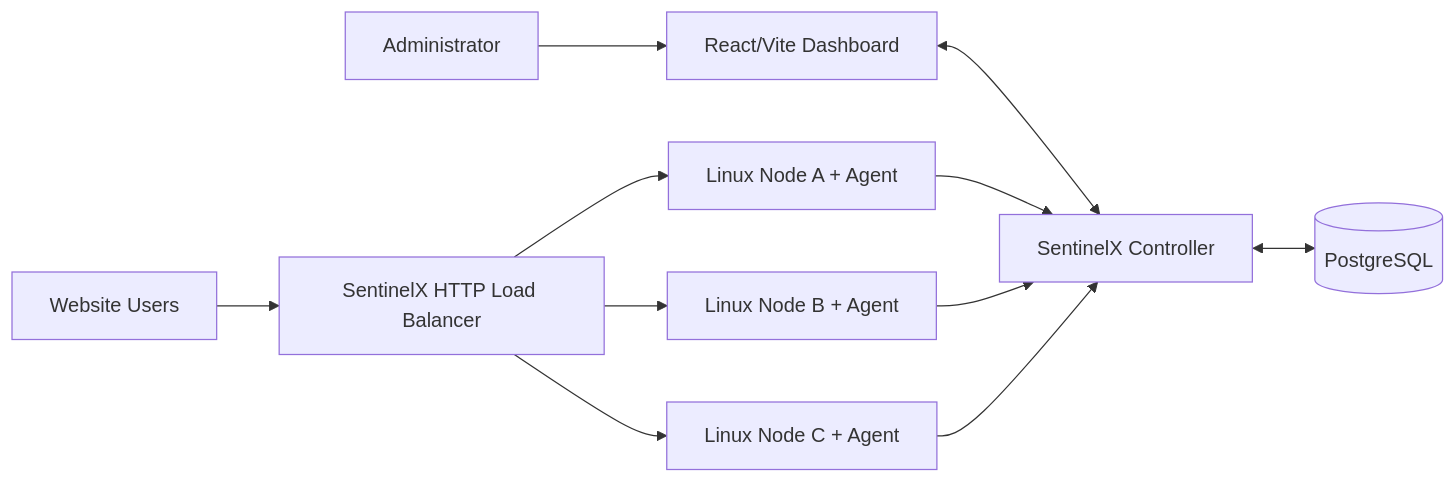
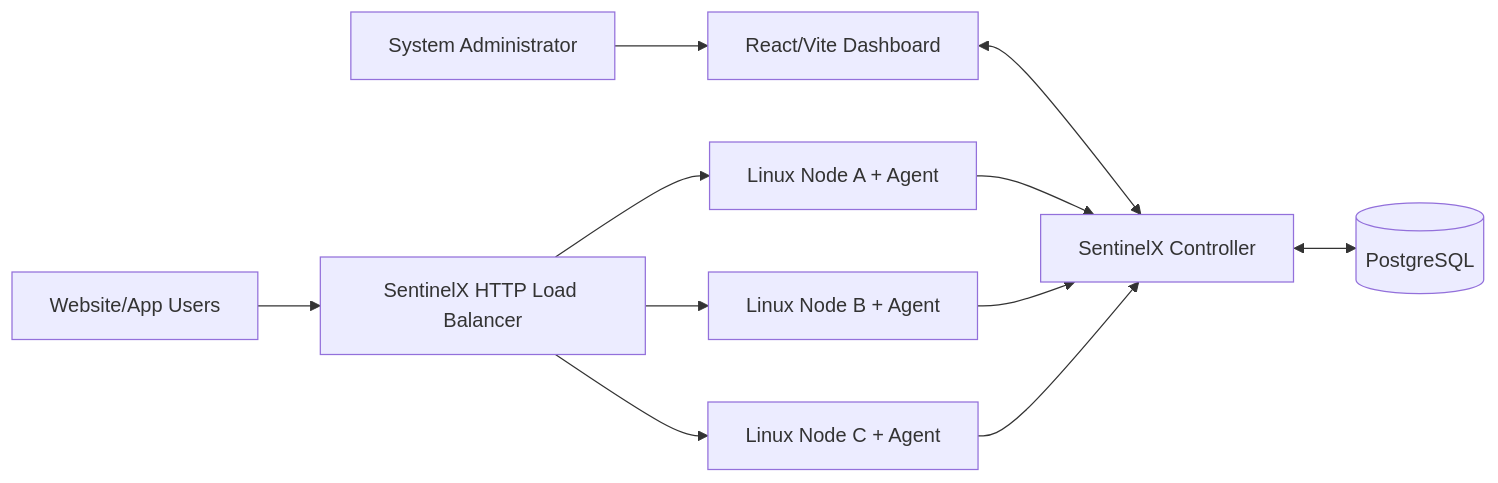
Before and after one commit to namtrungdn310/SentinelX: the diagram in docs/ARCHITECTURE.md, drawn with Mermaid. The commit also changed other lines of this file and 8 other files, not shown here.

Commit message:
docs: sync architecture, PBL4 alignment and multi-host requirements

````diff
--- a/docs/ARCHITECTURE.md
+++ b/docs/ARCHITECTURE.md
@@ -23,27 +24,27 @@
 ```mermaid
 flowchart LR
-    Admin[Administrator]
+    Admin[System Administrator]
     Dashboard[React/Vite Dashboard]
     Controller[SentinelX Controller]
     DB[(PostgreSQL)]
     LB[SentinelX HTTP Load Balancer]
 
-    U[Website Users]
+    User[Website/App Users]
 
     N1[Linux Node A + Agent]
     N2[Linux Node B + Agent]
     N3[Linux Node C + Agent]
 
     Admin --> Dashboard
     Dashboard <--> Controller
     Controller <--> DB
 
-    U --> LB
+    User --> LB
     LB --> N1
     LB --> N2
     LB --> N3
 
     N1 --> Controller
     N2 --> Controller
     N3 --> Controller
 ```
````
